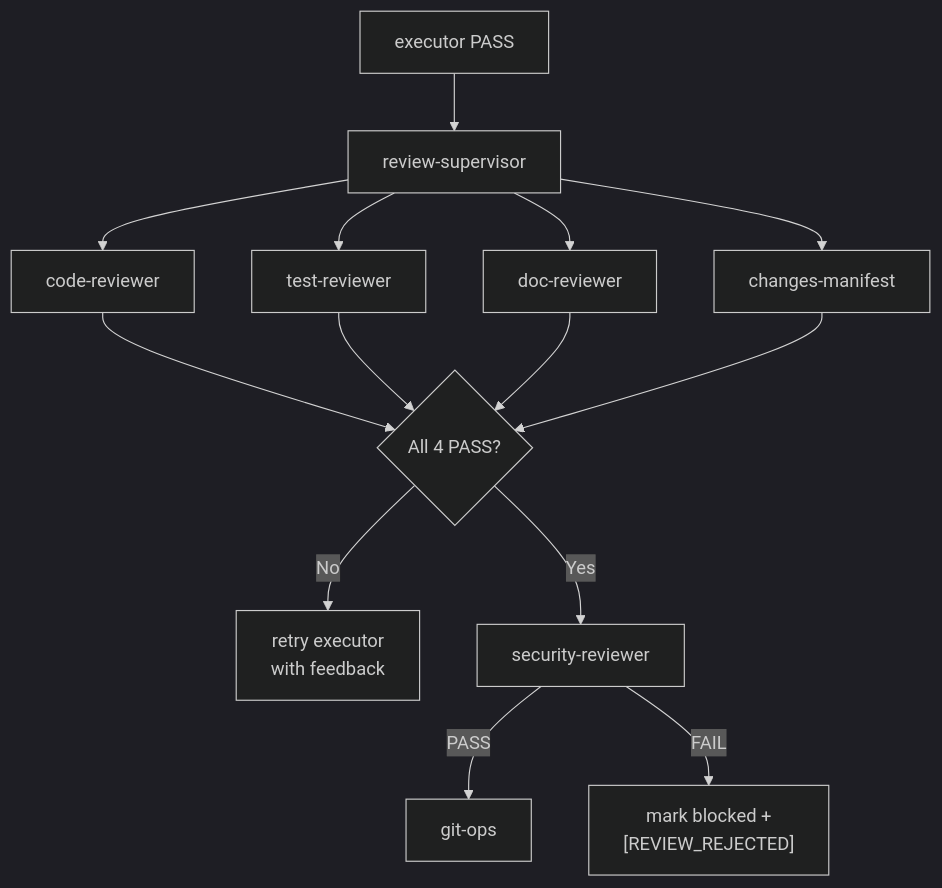
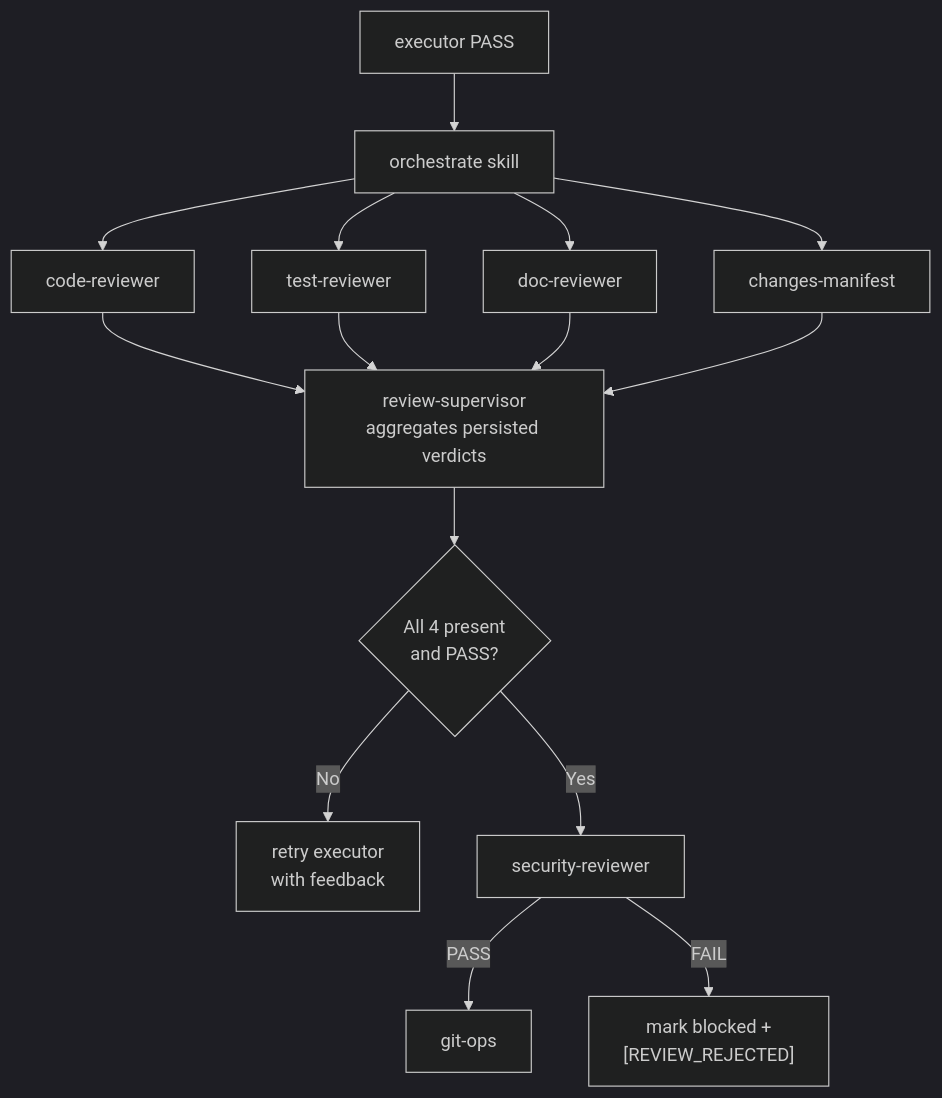
One commit to caylent-solutions/devbench changed the fifth of 6 diagrams in docs/architecture.md. Above: the diagram before and after it, drawn with Mermaid (dark theme). The commit also changed other lines of this file and 102 other files, not shown here.

````diff
--- a/docs/architecture.md
+++ b/docs/architecture.md
@@ -363,16 +365,17 @@
 ```mermaid
 graph TD
-  Exec[executor PASS] --> RS[review-supervisor]
-  RS --> CR[code-reviewer]
-  RS --> TR[test-reviewer]
-  RS --> DR[doc-reviewer]
-  RS --> CM[changes-manifest]
-  CR --> Gate{All 4 PASS?}
-  TR --> Gate
-  DR --> Gate
-  CM --> Gate
+  Exec[executor PASS] --> Skill[orchestrate skill]
+  Skill --> CR[code-reviewer]
+  Skill --> TR[test-reviewer]
+  Skill --> DR[doc-reviewer]
+  Skill --> CM[changes-manifest]
+  CR --> RS[review-supervisor<br/>aggregates persisted verdicts]
+  TR --> RS
+  DR --> RS
+  CM --> RS
+  RS --> Gate{All 4 present<br/>and PASS?}
   Gate -- No --> Retry[retry executor<br/>with feedback]
   Gate -- Yes --> SR[security-reviewer]
   SR -- PASS --> GitOps[git-ops]
   SR -- FAIL --> Block["mark blocked +<br/>[REVIEW_REJECTED]"]
 ```
````
